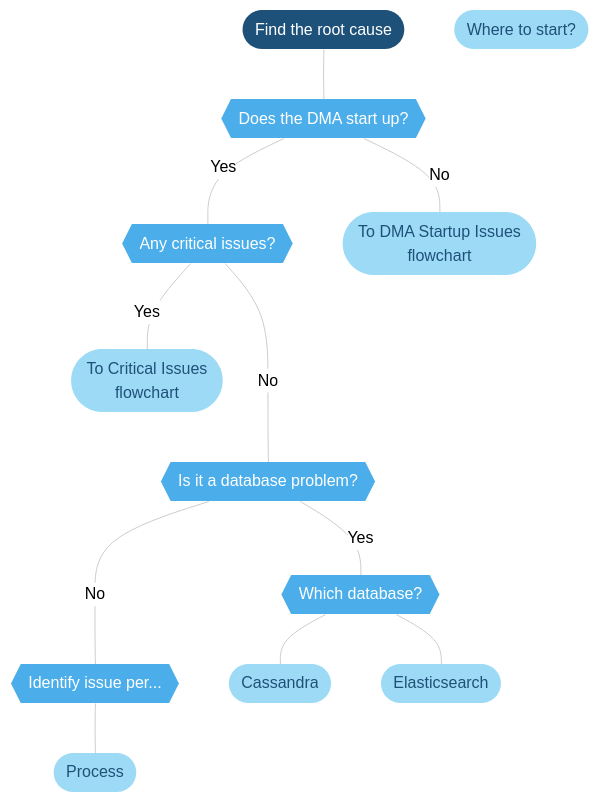
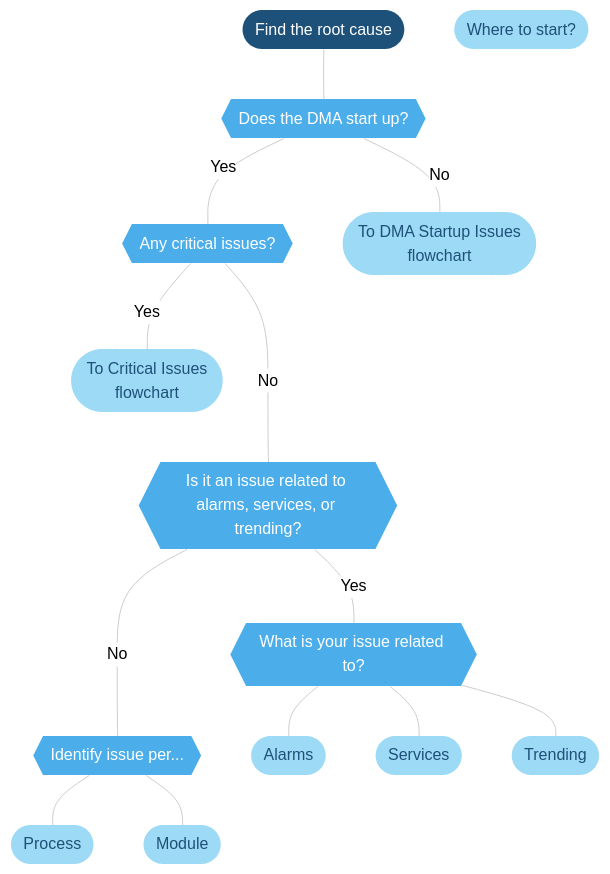
Before and after one commit to SkylineCommunications/dataminer-docs: the diagram in user-guide/Troubleshooting/Troubleshooting_Flowcharts/Finding_a_Root_Cause.md, drawn with Mermaid (neutral theme). The commit also changed other lines of this file and 13 other files, not shown here.

```diff
--- a/user-guide/Troubleshooting/Troubleshooting_Flowcharts/Finding_a_Root_Cause.md
+++ b/user-guide/Troubleshooting/Troubleshooting_Flowcharts/Finding_a_Root_Cause.md
@@ -7,48 +7,53 @@
 <div class="mermaid">
 flowchart TD
     %% Define styles %%
     linkStyle default stroke:#cccccc
     classDef classTerminal fill:#1e5179,stroke:#1e5179,color:#ffffff,stroke-width:0px;
     classDef classDecision fill:#4baeea,stroke:#4baeea,color:#ffffff,stroke-width:0px;
     classDef classExternalRef fill:#9ddaf5,stroke:#9ddaf5,color:#1E5179,stroke-width:0px;
     classDef classActionClickable fill:#999999,stroke:#999999,color:#ffffff,stroke-width:0px;
     classDef classAction fill:#dddddd,stroke:#dddddd,color:#1E5179,stroke-width:0px;
     classDef classSolution fill:#58595b,stroke:#58595b,color:#ffffff,stroke-width:0px;
     %% Define blocks %%
     START([Find the root cause])
     Investigate([Where to start?])
     CheckStartup{{Does the DMA start up?}}
     CHECK1{{Any critical issues? }}
     identify{{Identify issue per... }}
-    DatabaseFlowcharts{{Is it a database problem?}}
-    WhichDb{{Which database?}}
+    AlarmsServicesTrending{{Is it an issue related to <br>alarms, services, or trending?}}
     DMAStartupIssues([To DMA Startup Issues<br>flowchart])
     critical([To Critical Issues<br>flowchart])
     ProcessFlowcharts([Process])
-    Cassandra([Cassandra])
-    Elasticsearch([Elasticsearch])
+    Module([Module])
+    Which{{What is your issue related to?}}
+    Alarms([Alarms])
+    Services([Services])
+    Trending([Trending])
     %% Connect blocks %%
     START --- CheckStartup
     CheckStartup ---|Yes| CHECK1
     CheckStartup --- |No| DMAStartupIssues
     CHECK1 --- |Yes| critical
-    CHECK1 ---- |No| DatabaseFlowcharts
-    DatabaseFlowcharts ---|Yes|WhichDb
-    DatabaseFlowcharts ----|No|identify
+    CHECK1 ---- |No| AlarmsServicesTrending
+    AlarmsServicesTrending ---|Yes|Which
+    AlarmsServicesTrending ----|No|identify
     identify --- ProcessFlowcharts
-    WhichDb --- Cassandra
-    WhichDb --- Elasticsearch
+    identify --- Module
+    Which --- Alarms
+    Which --- Services
+    Which --- Trending
     %% Define hyperlinks %%
     click CHECK1 "#examples-of-critical-issues" "examples of critical issues"
     click critical "/user-guide/Troubleshooting/Troubleshooting_Flowcharts/Troubleshooting_Critical_Issues/Troubleshooting_Critical_Issues_Overview.html" "To critical issues flowchart"
     click DMAStartupIssues "/user-guide/Troubleshooting/Troubleshooting_Flowcharts/Troubleshooting_Startup_Issues.html" "DMA Startup Issues"
     click ProcessFlowcharts "/user-guide/Troubleshooting/Troubleshooting_Flowcharts/Troubleshooting_Process_Identification/Troubleshooting_Process_Identification.html" "Process identification"
-    click WhichDb "#identifying-the-general-database" "Identify the Database"
-    click Cassandra "/user-guide/Troubleshooting/Troubleshooting_Flowcharts/Troubleshooting_Cassandra/Troubleshooting_Cassandra.html" "Troubleshooting Cassandra"
-    click Elasticsearch "/user-guide/Troubleshooting/Troubleshooting_Flowcharts/Troubleshooting_Elasticsearch/Troubleshooting_Elasticsearch.html"
+    click Module "/user-guide/Troubleshooting/Troubleshooting_Flowcharts/Troubleshooting_Identify_Per_Module/Troubleshooting_Identify_Per_Module.html" "Identify per module"
+    click Trending "/user-guide/Troubleshooting/Troubleshooting_Flowcharts/Troubleshooting_Trending.html" "Trending"
+    click Services "/user-guide/Troubleshooting/Troubleshooting_Flowcharts/Troubleshooting_Services.html" "Services"
+    click Alarms "/user-guide/Troubleshooting/Troubleshooting_Flowcharts/Troubleshooting_Alarms.html" "Alarms"
     click Investigate "/user-guide/Troubleshooting/Troubleshooting_Flowcharts/Troubleshooting_Where_to_Start.html"
     %% Apply styles to blocks %%
     class START classTerminal;
-    class WhichDb,DatabaseFlowcharts,CheckStartup,CHECK1,identify classDecision;
-    class Investigate,Cassandra,Elasticsearch,DMAStartupIssues,critical,ProcessFlowcharts classExternalRef;
+    class Which,AlarmsServicesTrending,CheckStartup,CHECK1,identify classDecision;
+    class Investigate,Cassandra,Elasticsearch,DMAStartupIssues,critical,ProcessFlowcharts,Module,Alarms,Trending,Services classExternalRef;
 </div>
```
